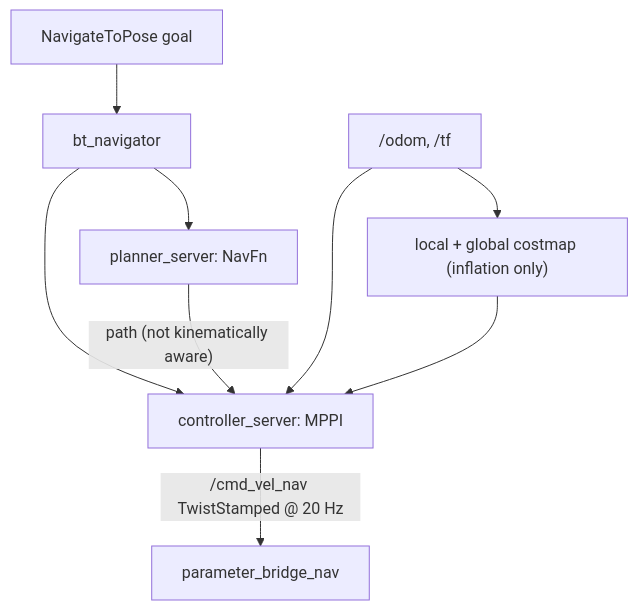
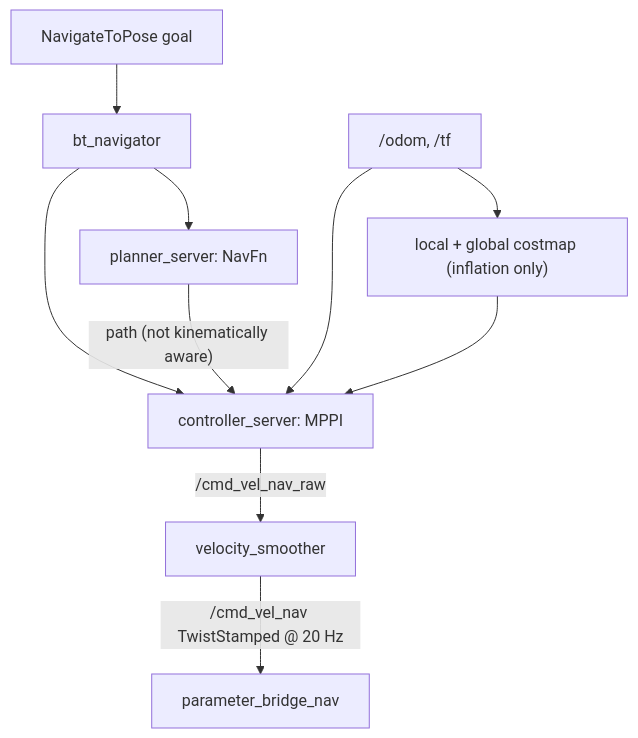
The sixth of 8 diagrams in docs/ros2_integration.md (open-vehicle-control-system/ovcs), drawn with Mermaid before and after one commit. The commit also changed other lines of this file and 9 other files, not shown here.

First line of the commit message:
feat(nav2): floor the planner's velocity at the VESC's minimum speed

````diff
--- a/docs/ros2_integration.md
+++ b/docs/ros2_integration.md
@@ -461,11 +462,12 @@
 ```mermaid
 flowchart TB
     goal["NavigateToPose goal"] --> bt["bt_navigator"]
     bt --> planner["planner_server: NavFn"]
     bt --> ctrl["controller_server: MPPI"]
     planner -->|"path (not kinematically aware)"| ctrl
     odom["/odom, /tf"] --> ctrl
     odom --> costmaps["local + global costmap (inflation only)"]
     costmaps --> ctrl
-    ctrl -->|"/cmd_vel_nav TwistStamped @ 20 Hz"| out["parameter_bridge_nav"]
+    ctrl -->|"/cmd_vel_nav_raw"| smoother["velocity_smoother"]
+    smoother -->|"/cmd_vel_nav TwistStamped @ 20 Hz"| out["parameter_bridge_nav"]
 ```
````
